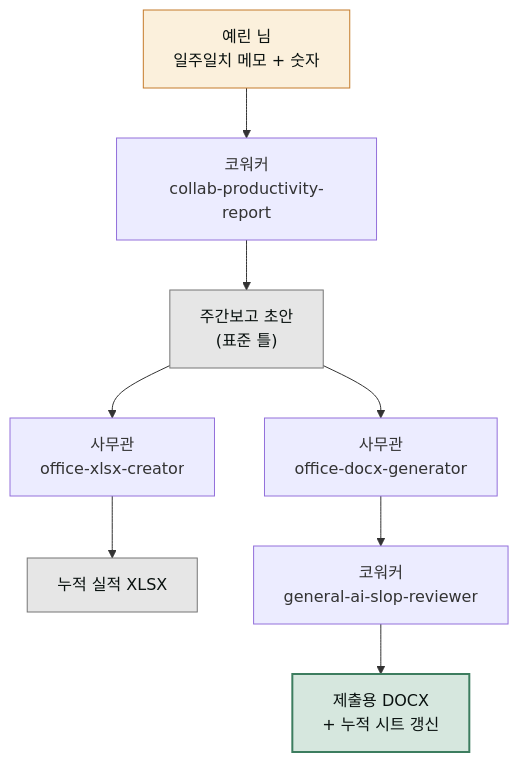
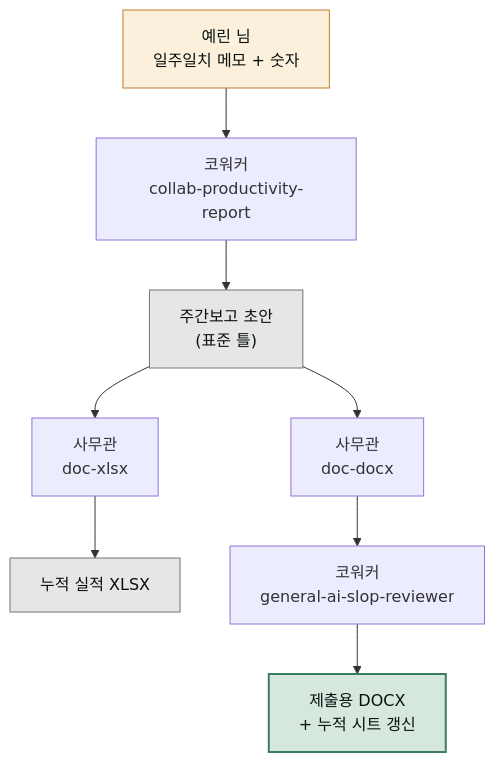
Before and after one commit to modu-ai/cowork-plugins: the diagram in www/content/cookbook/projects/weekly-report-routine.md, drawn with Mermaid. The commit also changed other lines of this file and 269 other files, not shown here.

````diff
--- a/www/content/cookbook/projects/weekly-report-routine.md
+++ b/www/content/cookbook/projects/weekly-report-routine.md
@@ -52,15 +52,15 @@
 ```mermaid
 flowchart TD
    U["예린 님<br/>일주일치 메모 + 숫자"] --> W1["코워커<br/>collab-productivity-report"]
    W1 --> R1["주간보고 초안<br/>(표준 틀)"]
-   R1 --> O1["사무관<br/>office-xlsx-creator"]
+   R1 --> O1["사무관<br/>doc-xlsx"]
    O1 --> R2["누적 실적 XLSX"]
-   R1 --> O2["사무관<br/>office-docx-generator"]
+   R1 --> O2["사무관<br/>doc-docx"]
    O2 --> W2["코워커<br/>general-ai-slop-reviewer"]
    W2 --> OUT["제출용 DOCX<br/>+ 누적 시트 갱신"]
 
    style U fill:#fbf0dc,stroke:#c47b2a,color:#09110f
    style R1 fill:#e6e6e6,stroke:#757575,color:#09110f
    style R2 fill:#e6e6e6,stroke:#757575,color:#09110f
    style OUT fill:#d6e7de,stroke:#3d7d5f,stroke-width:2px,color:#09110f
 ```
````
